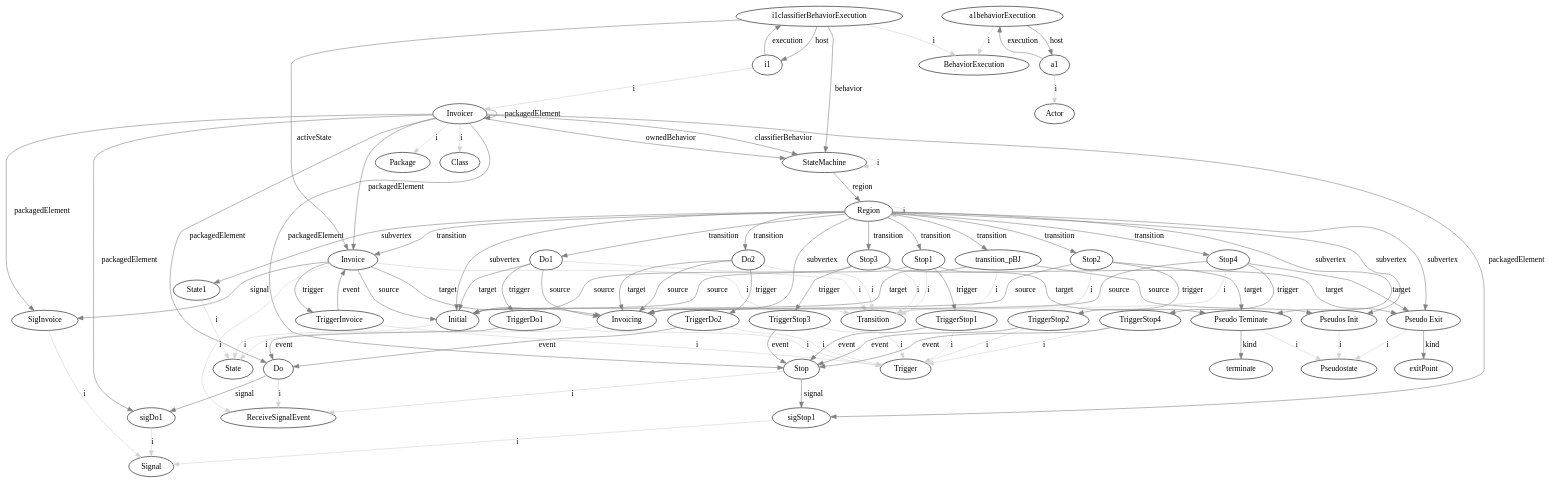
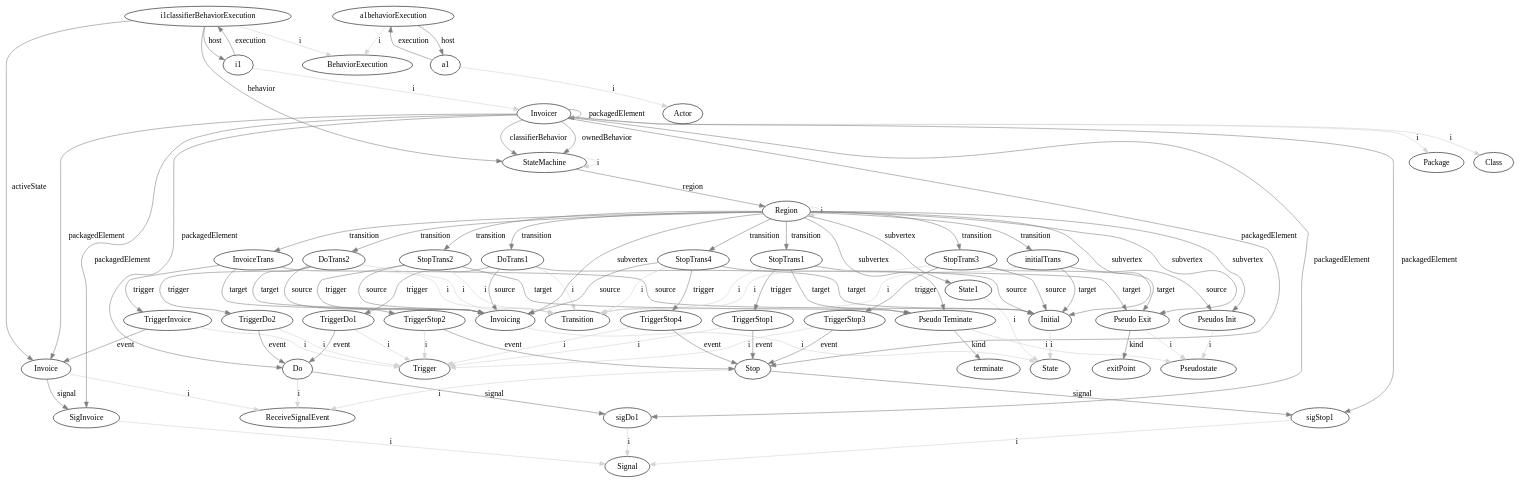
One commit to luisneiva/graf-framework changed the diagram in GraphOutputs/state0.dot. Above: the diagram before and after it, drawn with Graphviz. The commit also changed 2 other files, not shown here.

Commit message:
Stopped duplicate external events and fixed 1 problem in Invoicer

```diff
--- a/GraphOutputs/state0.dot
+++ b/GraphOutputs/state0.dot
@@ -1,102 +1,102 @@
 digraph umlMetamodel {
 	"Invoicer" -> "Package" [label="i", color="lightgrey"]
 	"Invoicer" -> "Invoicer" [label="packagedElement", color="grey"]
 	"Invoicer" -> "Class" [label="i", color="lightgrey"]
 	"Invoicer" -> "StateMachine" [label="classifierBehavior", color="grey"]
 	"Invoicer" -> "StateMachine" [label="ownedBehavior", color="grey"]
 	"StateMachine" -> "StateMachine" [label="i", color="lightgrey"]
 	"StateMachine" -> "Region" [label="region", color="grey"]
 	"Region" -> "Region" [label="i", color="lightgrey"]
 	"Region" -> "State1" [label="subvertex", color="grey"]
 	"State1" -> "State" [label="i", color="lightgrey"]
 	"Region" -> "Initial" [label="subvertex", color="grey"]
 	"Initial" -> "State" [label="i", color="lightgrey"]
 	"Region" -> "Pseudos Init" [label="subvertex", color="grey"]
 	"Pseudos Init" -> "Pseudostate" [label="i", color="lightgrey"]
 	"Region" -> "Invoicing" [label="subvertex", color="grey"]
 	"Invoicing" -> "State" [label="i", color="lightgrey"]
 	"Region" -> "Pseudo Teminate" [label="subvertex", color="grey"]
 	"Pseudo Teminate" -> "Pseudostate" [label="i", color="lightgrey"]
 	"Pseudo Teminate" -> "terminate" [label="kind", color="grey"]
 	"Region" -> "Pseudo Exit" [label="subvertex", color="grey"]
 	"Pseudo Exit" -> "Pseudostate" [label="i", color="lightgrey"]
 	"Pseudo Exit" -> "exitPoint" [label="kind", color="grey"]
-	"Region" -> "transition_pBJ" [label="transition", color="grey"]
-	"transition_pBJ" -> "Transition" [label="i", color="lightgrey"]
-	"transition_pBJ" -> "Pseudos Init" [label="source", color="grey"]
-	"transition_pBJ" -> "Initial" [label="target", color="grey"]
-	"Region" -> "Invoice" [label="transition", color="grey"]
-	"Invoice" -> "Transition" [label="i", color="lightgrey"]
-	"Invoice" -> "Initial" [label="source", color="grey"]
-	"Invoice" -> "Invoicing" [label="target", color="grey"]
-	"Invoice" -> "TriggerInvoice" [label="trigger", color="grey"]
+	"Region" -> "initialTrans" [label="transition", color="grey"]
+	"initialTrans" -> "Transition" [label="i", color="lightgrey"]
+	"initialTrans" -> "Pseudos Init" [label="source", color="grey"]
+	"initialTrans" -> "Initial" [label="target", color="grey"]
+	"Region" -> "InvoiceTrans" [label="transition", color="grey"]
+	"InvoiceTrans" -> "Transition" [label="i", color="lightgrey"]
+	"InvoiceTrans" -> "Initial" [label="source", color="grey"]
+	"InvoiceTrans" -> "Invoicing" [label="target", color="grey"]
+	"InvoiceTrans" -> "TriggerInvoice" [label="trigger", color="grey"]
 	"TriggerInvoice" -> "Trigger" [label="i", color="lightgrey"]
 	"TriggerInvoice" -> "Invoice" [label="event", color="grey"]
-	"Region" -> "Do1" [label="transition", color="grey"]
-	"Do1" -> "Transition" [label="i", color="lightgrey"]
-	"Do1" -> "Invoicing" [label="source", color="grey"]
-	"Do1" -> "Initial" [label="target", color="grey"]
-	"Do1" -> "TriggerDo1" [label="trigger", color="grey"]
+	"Region" -> "DoTrans1" [label="transition", color="grey"]
+	"DoTrans1" -> "Transition" [label="i", color="lightgrey"]
+	"DoTrans1" -> "Invoicing" [label="source", color="grey"]
+	"DoTrans1" -> "Initial" [label="target", color="grey"]
+	"DoTrans1" -> "TriggerDo1" [label="trigger", color="grey"]
 	"TriggerDo1" -> "Trigger" [label="i", color="lightgrey"]
 	"TriggerDo1" -> "Do" [label="event", color="grey"]
-	"Region" -> "Stop1" [label="transition", color="grey"]
-	"Stop1" -> "Transition" [label="i", color="lightgrey"]
-	"Stop1" -> "Initial" [label="source", color="grey"]
-	"Stop1" -> "Pseudo Teminate" [label="target", color="grey"]
-	"Stop1" -> "TriggerStop1" [label="trigger", color="grey"]
+	"Region" -> "StopTrans1" [label="transition", color="grey"]
+	"StopTrans1" -> "Transition" [label="i", color="lightgrey"]
+	"StopTrans1" -> "Initial" [label="source", color="grey"]
+	"StopTrans1" -> "Pseudo Teminate" [label="target", color="grey"]
+	"StopTrans1" -> "TriggerStop1" [label="trigger", color="grey"]
 	"TriggerStop1" -> "Trigger" [label="i", color="lightgrey"]
 	"TriggerStop1" -> "Stop" [label="event", color="grey"]
-	"Region" -> "Stop2" [label="transition", color="grey"]
-	"Stop2" -> "Transition" [label="i", color="lightgrey"]
-	"Stop2" -> "Invoicing" [label="source", color="grey"]
-	"Stop2" -> "Pseudo Teminate" [label="target", color="grey"]
-	"Stop2" -> "TriggerStop2" [label="trigger", color="grey"]
+	"Region" -> "StopTrans2" [label="transition", color="grey"]
+	"StopTrans2" -> "Transition" [label="i", color="lightgrey"]
+	"StopTrans2" -> "Invoicing" [label="source", color="grey"]
+	"StopTrans2" -> "Pseudo Teminate" [label="target", color="grey"]
+	"StopTrans2" -> "TriggerStop2" [label="trigger", color="grey"]
 	"TriggerStop2" -> "Trigger" [label="i", color="lightgrey"]
 	"TriggerStop2" -> "Stop" [label="event", color="grey"]
-	"Region" -> "Do2" [label="transition", color="grey"]
-	"Do2" -> "Transition" [label="i", color="lightgrey"]
-	"Do2" -> "Invoicing" [label="source", color="grey"]
-	"Do2" -> "Invoicing" [label="target", color="grey"]
-	"Do2" -> "TriggerDo2" [label="trigger", color="grey"]
+	"Region" -> "DoTrans2" [label="transition", color="grey"]
+	"DoTrans2" -> "Transition" [label="i", color="lightgrey"]
+	"DoTrans2" -> "Invoicing" [label="source", color="grey"]
+	"DoTrans2" -> "Invoicing" [label="target", color="grey"]
+	"DoTrans2" -> "TriggerDo2" [label="trigger", color="grey"]
 	"TriggerDo2" -> "Trigger" [label="i", color="lightgrey"]
 	"TriggerDo2" -> "Do" [label="event", color="grey"]
-	"Region" -> "Stop3" [label="transition", color="grey"]
-	"Stop3" -> "Transition" [label="i", color="lightgrey"]
-	"Stop3" -> "Initial" [label="source", color="grey"]
-	"Stop3" -> "Pseudo Exit" [label="target", color="grey"]
-	"Stop3" -> "TriggerStop3" [label="trigger", color="grey"]
+	"Region" -> "StopTrans3" [label="transition", color="grey"]
+	"StopTrans3" -> "Transition" [label="i", color="lightgrey"]
+	"StopTrans3" -> "Initial" [label="source", color="grey"]
+	"StopTrans3" -> "Pseudo Exit" [label="target", color="grey"]
+	"StopTrans3" -> "TriggerStop3" [label="trigger", color="grey"]
 	"TriggerStop3" -> "Trigger" [label="i", color="lightgrey"]
 	"TriggerStop3" -> "Stop" [label="event", color="grey"]
-	"Region" -> "Stop4" [label="transition", color="grey"]
-	"Stop4" -> "Transition" [label="i", color="lightgrey"]
-	"Stop4" -> "Invoicing" [label="source", color="grey"]
-	"Stop4" -> "Pseudo Exit" [label="target", color="grey"]
-	"Stop4" -> "TriggerStop4" [label="trigger", color="grey"]
+	"Region" -> "StopTrans4" [label="transition", color="grey"]
+	"StopTrans4" -> "Transition" [label="i", color="lightgrey"]
+	"StopTrans4" -> "Invoicing" [label="source", color="grey"]
+	"StopTrans4" -> "Pseudo Exit" [label="target", color="grey"]
+	"StopTrans4" -> "TriggerStop4" [label="trigger", color="grey"]
 	"TriggerStop4" -> "Trigger" [label="i", color="lightgrey"]
 	"TriggerStop4" -> "Stop" [label="event", color="grey"]
-	"Invoicer" -> "sigDo1" [label="packagedElement", color="grey"]
-	"sigDo1" -> "Signal" [label="i", color="lightgrey"]
-	"Invoicer" -> "sigStop1" [label="packagedElement", color="grey"]
-	"sigStop1" -> "Signal" [label="i", color="lightgrey"]
 	"Invoicer" -> "Do" [label="packagedElement", color="grey"]
 	"Do" -> "ReceiveSignalEvent" [label="i", color="lightgrey"]
 	"Do" -> "sigDo1" [label="signal", color="grey"]
+	"Invoicer" -> "sigDo1" [label="packagedElement", color="grey"]
+	"sigDo1" -> "Signal" [label="i", color="lightgrey"]
 	"Invoicer" -> "Stop" [label="packagedElement", color="grey"]
 	"Stop" -> "ReceiveSignalEvent" [label="i", color="lightgrey"]
 	"Stop" -> "sigStop1" [label="signal", color="grey"]
-	"Invoicer" -> "SigInvoice" [label="packagedElement", color="grey"]
-	"SigInvoice" -> "Signal" [label="i", color="lightgrey"]
+	"Invoicer" -> "sigStop1" [label="packagedElement", color="grey"]
+	"sigStop1" -> "Signal" [label="i", color="lightgrey"]
 	"Invoicer" -> "Invoice" [label="packagedElement", color="grey"]
 	"Invoice" -> "ReceiveSignalEvent" [label="i", color="lightgrey"]
 	"Invoice" -> "SigInvoice" [label="signal", color="grey"]
+	"Invoicer" -> "SigInvoice" [label="packagedElement", color="grey"]
+	"SigInvoice" -> "Signal" [label="i", color="lightgrey"]
 	"i1" -> "Invoicer" [label="i", color="lightgrey"]
 	"i1classifierBehaviorExecution" -> "BehaviorExecution" [label="i", color="lightgrey"]
 	"i1" -> "i1classifierBehaviorExecution" [label="execution", color="grey"]
 	"i1classifierBehaviorExecution" -> "i1" [label="host", color="grey"]
 	"i1classifierBehaviorExecution" -> "StateMachine" [label="behavior", color="grey"]
 	"i1classifierBehaviorExecution" -> "Invoice" [label="activeState", color="grey"]
 	"a1" -> "Actor" [label="i", color="lightgrey"]
 	"a1behaviorExecution" -> "BehaviorExecution" [label="i", color="lightgrey"]
 	"a1" -> "a1behaviorExecution" [label="execution", color="grey"]
 	"a1behaviorExecution" -> "a1" [label="host", color="grey"]
 }
```
